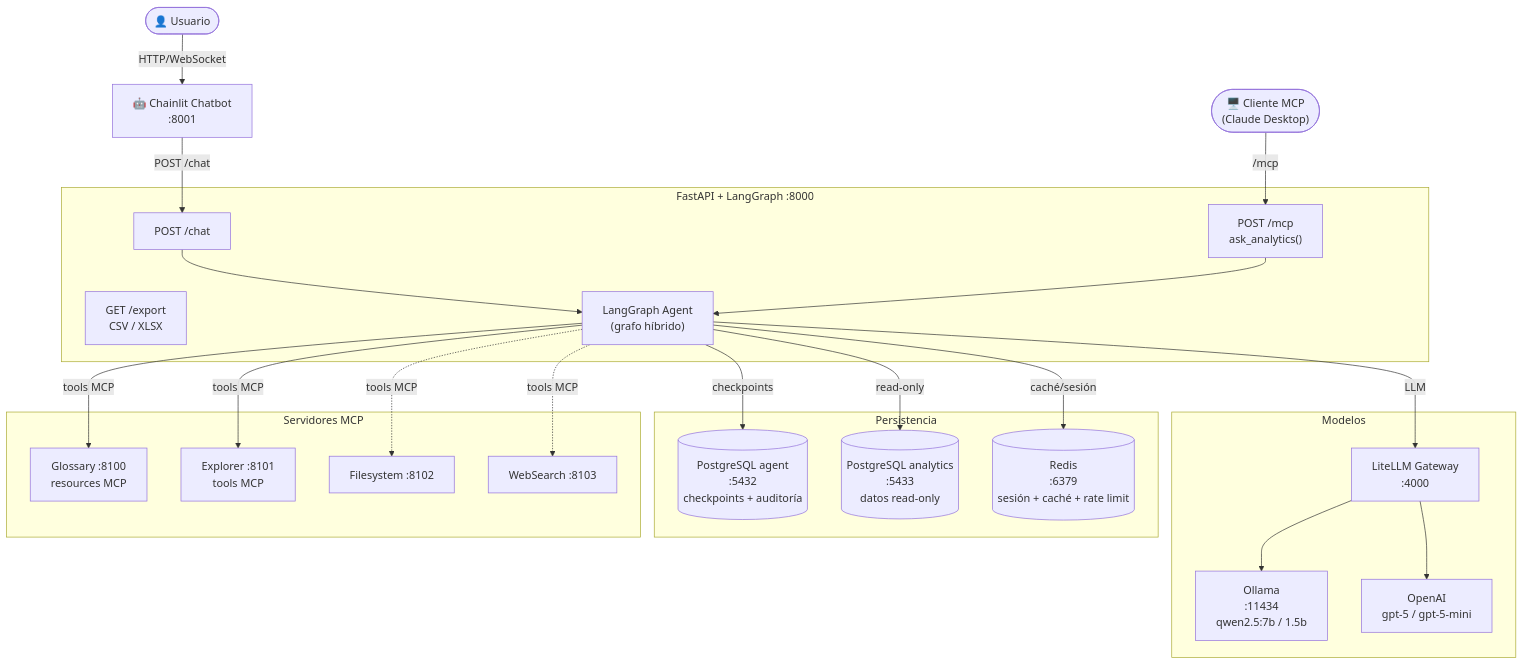
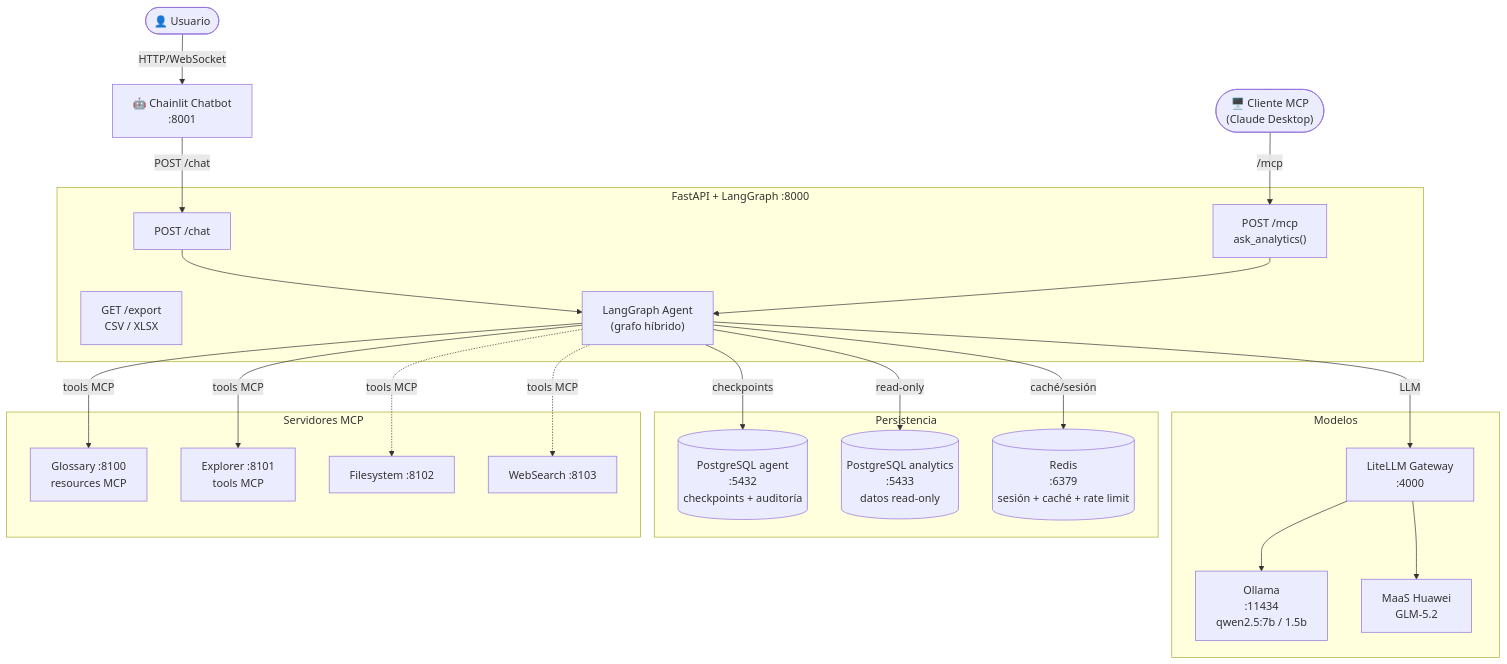
Before and after one commit to NataliaPerez08/agent-demo: the first of 5 diagrams in ARCHITECTURE.md, drawn with Mermaid. The commit also changed other lines of this file and 10 other files, not shown here.

First line of the commit message:
refactor: reemplazar OpenAI/GPT por Huawei Cloud MaaS/GLM-5.2

````diff
--- a/ARCHITECTURE.md
+++ b/ARCHITECTURE.md
@@ -431,50 +431,50 @@
 ```mermaid
 graph TB
     User([👤 Usuario])
     Chatbot["🤖 Chainlit Chatbot<br/>:8001"]
     MCPClient(["🖥️ Cliente MCP<br/>(Claude Desktop)"])
 
     subgraph API["FastAPI + LangGraph :8000"]
         Chat["POST /chat"]
         Export["GET /export<br/>CSV / XLSX"]
         MCPServer["POST /mcp<br/>ask_analytics()"]
         Agent["LangGraph Agent<br/>(grafo híbrido)"]
         Chat --> Agent
         MCPServer --> Agent
     end
 
     subgraph Models["Modelos"]
         LiteLLM["LiteLLM Gateway<br/>:4000"]
         Ollama["Ollama<br/>:11434<br/>qwen2.5:7b / 1.5b"]
-        OpenAI["OpenAI<br/>gpt-5 / gpt-5-mini"]
+        MaaS["MaaS Huawei<br/>GLM-5.2"]
     end
 
     subgraph Data["Persistencia"]
         AgentDB[("PostgreSQL agent<br/>:5432<br/>checkpoints + auditoría")]
         AnalyticsDB[("PostgreSQL analytics<br/>:5433<br/>datos read-only")]
         Redis[("Redis<br/>:6379<br/>sesión + caché + rate limit")]
     end
 
     subgraph MCPServers["Servidores MCP"]
         Glossary["Glossary :8100<br/>resources MCP"]
         Explorer["Explorer :8101<br/>tools MCP"]
         Filesystem["Filesystem :8102"]
         WebSearch["WebSearch :8103"]
     end
 
     User -->|HTTP/WebSocket| Chatbot
     Chatbot -->|POST /chat| Chat
     MCPClient -->|/mcp| MCPServer
 
     Agent -->|LLM| LiteLLM
     LiteLLM --> Ollama
-    LiteLLM --> OpenAI
+    LiteLLM --> MaaS
 
     Agent -->|read-only| AnalyticsDB
     Agent -->|checkpoints| AgentDB
     Agent -->|caché/sesión| Redis
     Agent -->|tools MCP| Glossary
     Agent -->|tools MCP| Explorer
     Agent -.->|tools MCP| Filesystem
     Agent -.->|tools MCP| WebSearch
 ```
````
